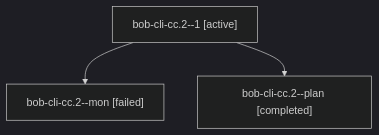
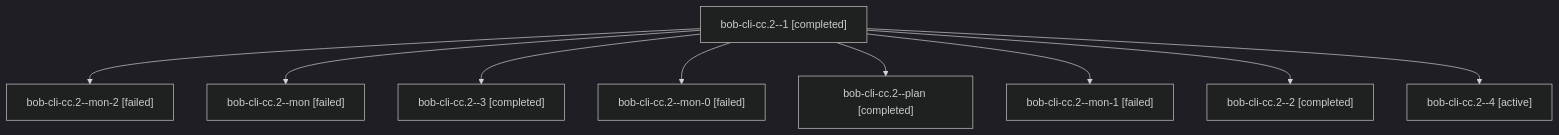
The diagram in sessions/bbugyi200.athena.bob-cli-cc.2.md (bobs-org/bob-cli--agents), drawn with Mermaid (dark theme) before and after one commit. The commit also changed other lines of this file and 269 other files, not shown here.

````diff
--- a/sessions/bbugyi200.athena.bob-cli-cc.2.md
+++ b/sessions/bbugyi200.athena.bob-cli-cc.2.md
@@ -9,8 +9,20 @@
 ```mermaid
 flowchart TD
-  n0["bob-cli-cc.2--1 [active]"]
-  n1["bob-cli-cc.2--mon [failed]"]
+  n0["bob-cli-cc.2--1 [completed]"]
+  n1["bob-cli-cc.2--mon-2 [failed]"]
   n0 --> n1
-  n2["bob-cli-cc.2--plan [completed]"]
+  n2["bob-cli-cc.2--mon [failed]"]
   n0 --> n2
+  n3["bob-cli-cc.2--3 [completed]"]
+  n0 --> n3
+  n4["bob-cli-cc.2--mon-0 [failed]"]
+  n0 --> n4
+  n5["bob-cli-cc.2--plan [completed]"]
+  n0 --> n5
+  n6["bob-cli-cc.2--mon-1 [failed]"]
+  n0 --> n6
+  n7["bob-cli-cc.2--2 [completed]"]
+  n0 --> n7
+  n8["bob-cli-cc.2--4 [active]"]
+  n0 --> n8
 ```
````
